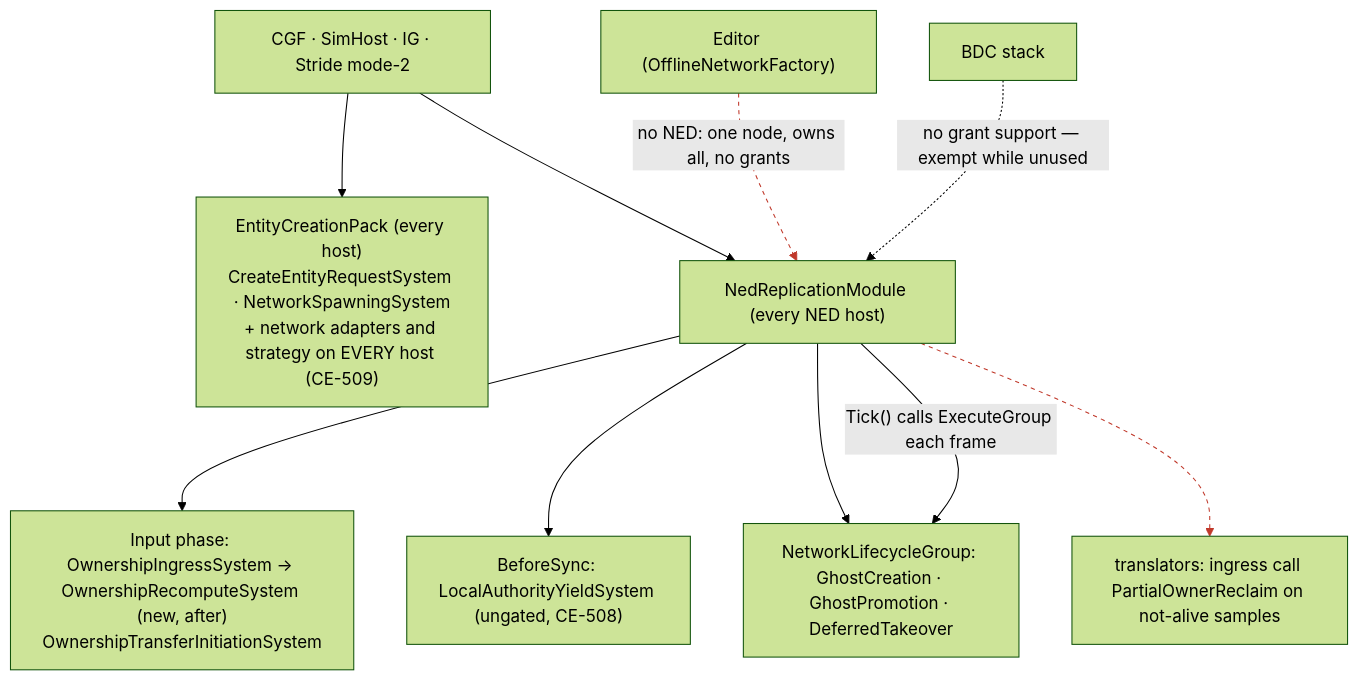
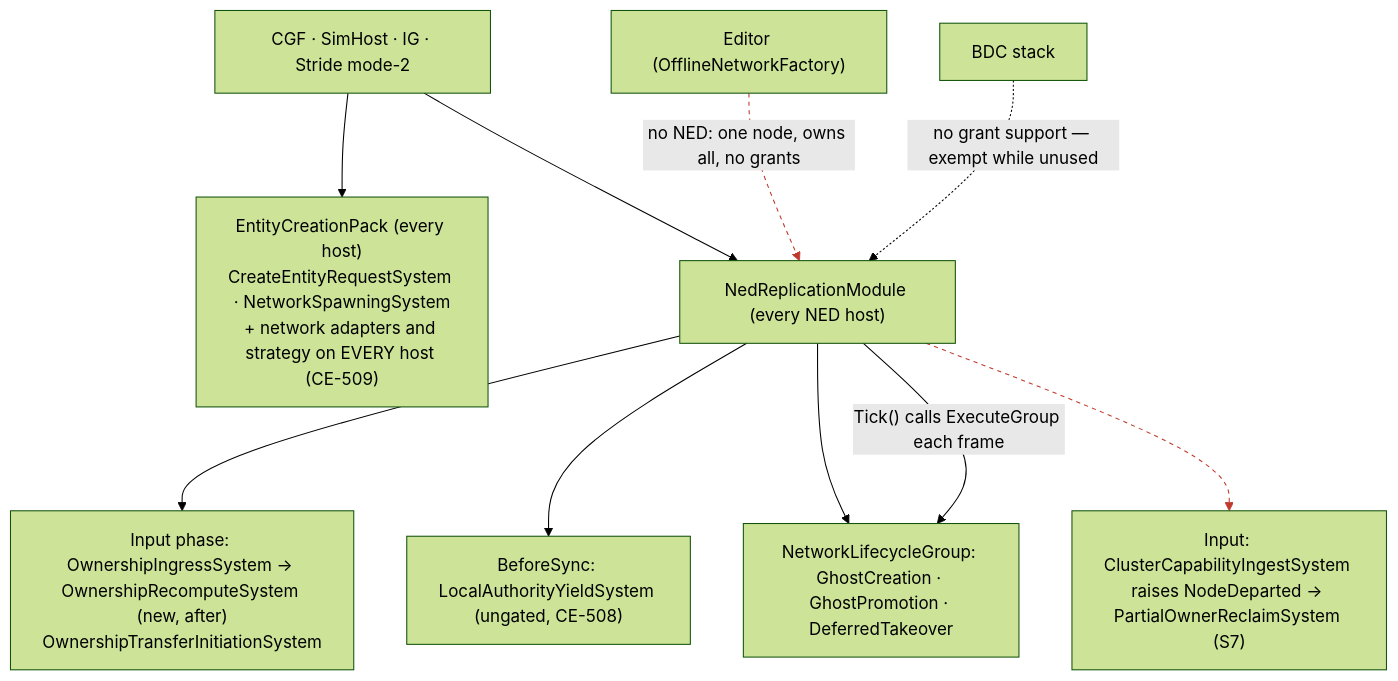
Before and after one commit to pjanec/HROT: the fifth of 5 diagrams in docs/DESIGN_Ownership_Groups_And_Grants.md, drawn with Mermaid (forest theme). The commit also changed other lines of this file and 14 other files, not shown here.

First line of the commit message:
S7 (in verification): a departed node's ownership returns to the primary owner (B7, R-167, CE-512 b/c)

````diff
--- a/docs/DESIGN_Ownership_Groups_And_Grants.md
+++ b/docs/DESIGN_Ownership_Groups_And_Grants.md
@@ -333,14 +344,14 @@
 ```mermaid
 graph TD
   HOSTS["CGF · SimHost · IG · Stride mode-2"] --> ECP["EntityCreationPack (every host)<br/>CreateEntityRequestSystem · NetworkSpawningSystem<br/>+ network adapters and strategy on EVERY host (CE-509)"]
   HOSTS --> NED["NedReplicationModule (every NED host)"]
   NED --> IN["Input phase: OwnershipIngressSystem → OwnershipRecomputeSystem (new, after)<br/>OwnershipTransferInitiationSystem"]
   NED --> BS["BeforeSync: LocalAuthorityYieldSystem (ungated, CE-508)"]
   NED --> LG["NetworkLifecycleGroup: GhostCreation · GhostPromotion · DeferredTakeover"]
   NED -- "Tick() calls ExecuteGroup each frame" --> LG
-  NED --> TR["translators: ingress call PartialOwnerReclaim on not-alive samples"]
+  NED --> CI["Input: ClusterCapabilityIngestSystem raises NodeDeparted → PartialOwnerReclaimSystem (S7)"]
   ED["Editor (OfflineNetworkFactory)"] -. "no NED: one node, owns all, no grants" .-> NED
   BDC["BDC stack"] -. "no grant support — exempt while unused" .-> NED
   linkStyle 6 stroke:#c0392b,stroke-dasharray:4
   linkStyle 7 stroke:#c0392b,stroke-dasharray:4
 ```
````
